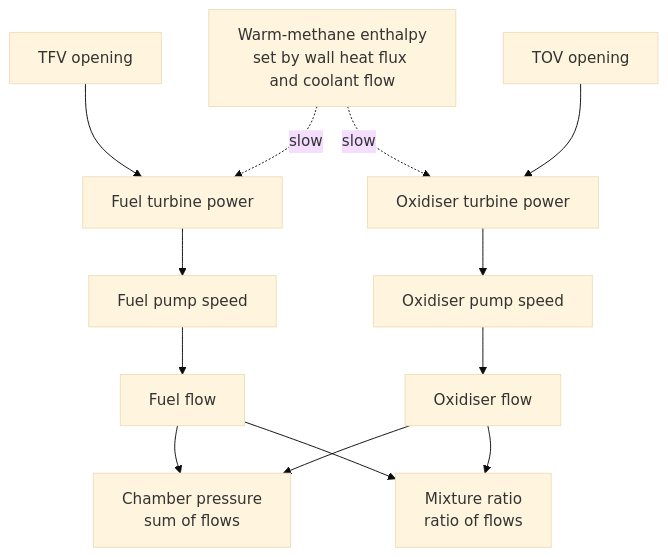
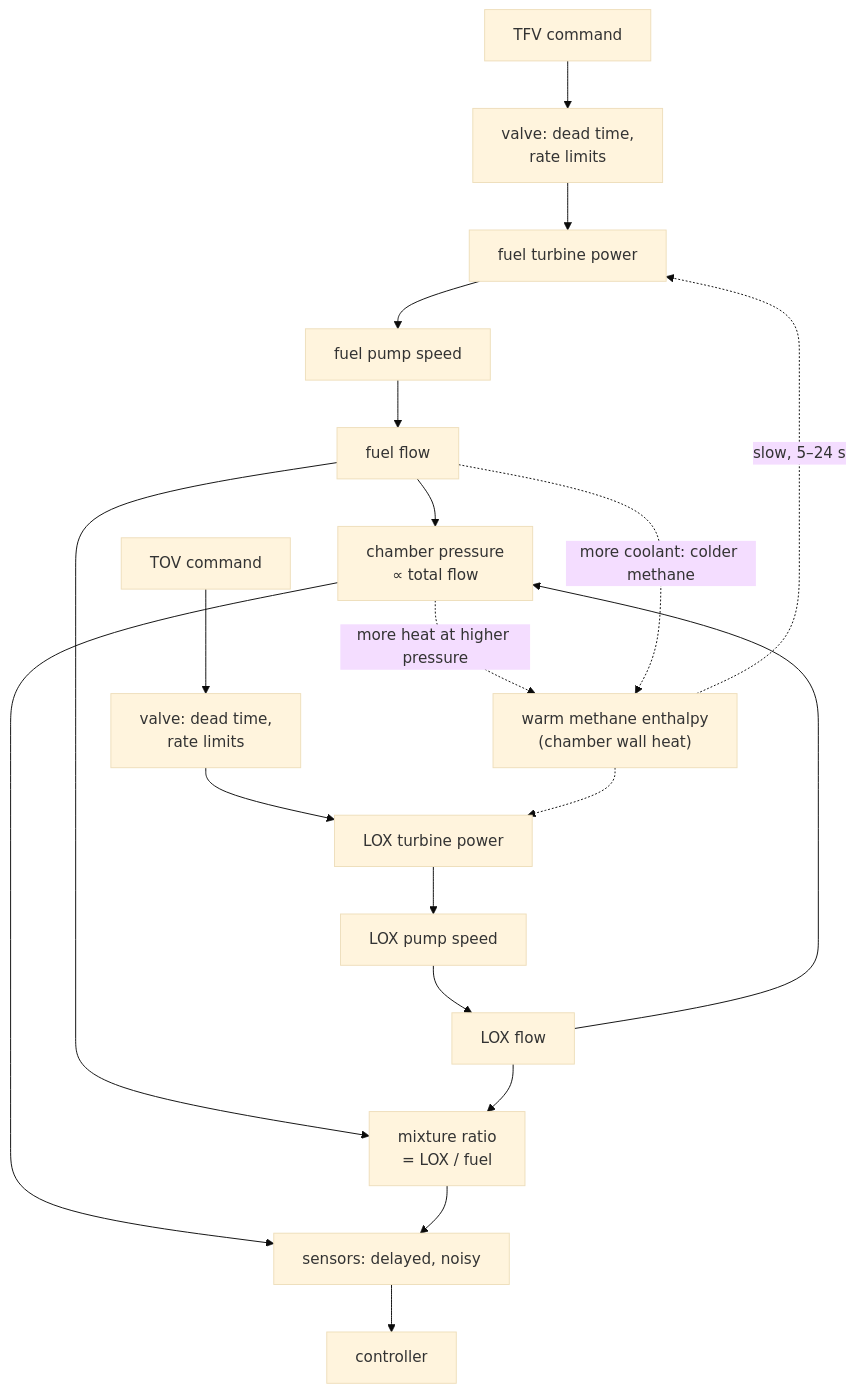
One commit to leandergrech/rl-rocket-engine-control changed the diagram in docs/02-primer.md. Above: the diagram before and after it, drawn with Mermaid (base theme). The commit also changed other lines of this file and 10 other files, not shown here.

````diff
--- a/docs/02-primer.md
+++ b/docs/02-primer.md
@@ -70,14 +93,18 @@
 ```mermaid
 flowchart TB
-  HEAT["Warm-methane enthalpy<br/>set by wall heat flux and coolant flow"]
-  TFV["TFV opening"] --> FT["Fuel turbine power"]
-  TOV["TOV opening"] --> OT["Oxidiser turbine power"]
-  HEAT -. slow .-> FT
-  HEAT -. slow .-> OT
-  FT --> FPS["Fuel pump speed"] --> MF["Fuel flow"]
-  OT --> OPS["Oxidiser pump speed"] --> MO["Oxidiser flow"]
-  MF --> PCC["Chamber pressure<br/>sum of flows"]
-  MO --> PCC
-  MF --> ROF["Mixture ratio<br/>ratio of flows"]
-  MO --> ROF
+    TFV["TFV command"] --> VF["valve: dead time,<br/>rate limits"] --> FT["fuel turbine power"]
+    TOV["TOV command"] --> VO["valve: dead time,<br/>rate limits"] --> OT["LOX turbine power"]
+    HEAT["warm methane enthalpy<br/>(chamber wall heat)"] -. "slow, 5–24 s" .-> FT
+    HEAT -.-> OT
+    FT --> FP["fuel pump speed"] --> MF["fuel flow"]
+    OT --> OP["LOX pump speed"] --> MO["LOX flow"]
+    MF --> PCC["chamber pressure<br/>∝ total flow"]
+    MO --> PCC
+    MF --> ROF["mixture ratio<br/>= LOX / fuel"]
+    MO --> ROF
+    PCC -. "more heat at higher pressure" .-> HEAT
+    MF -. "more coolant: colder methane" .-> HEAT
+    PCC --> S["sensors: delayed, noisy"]
+    ROF --> S
+    S --> CTRL["controller"]
 ```
````
